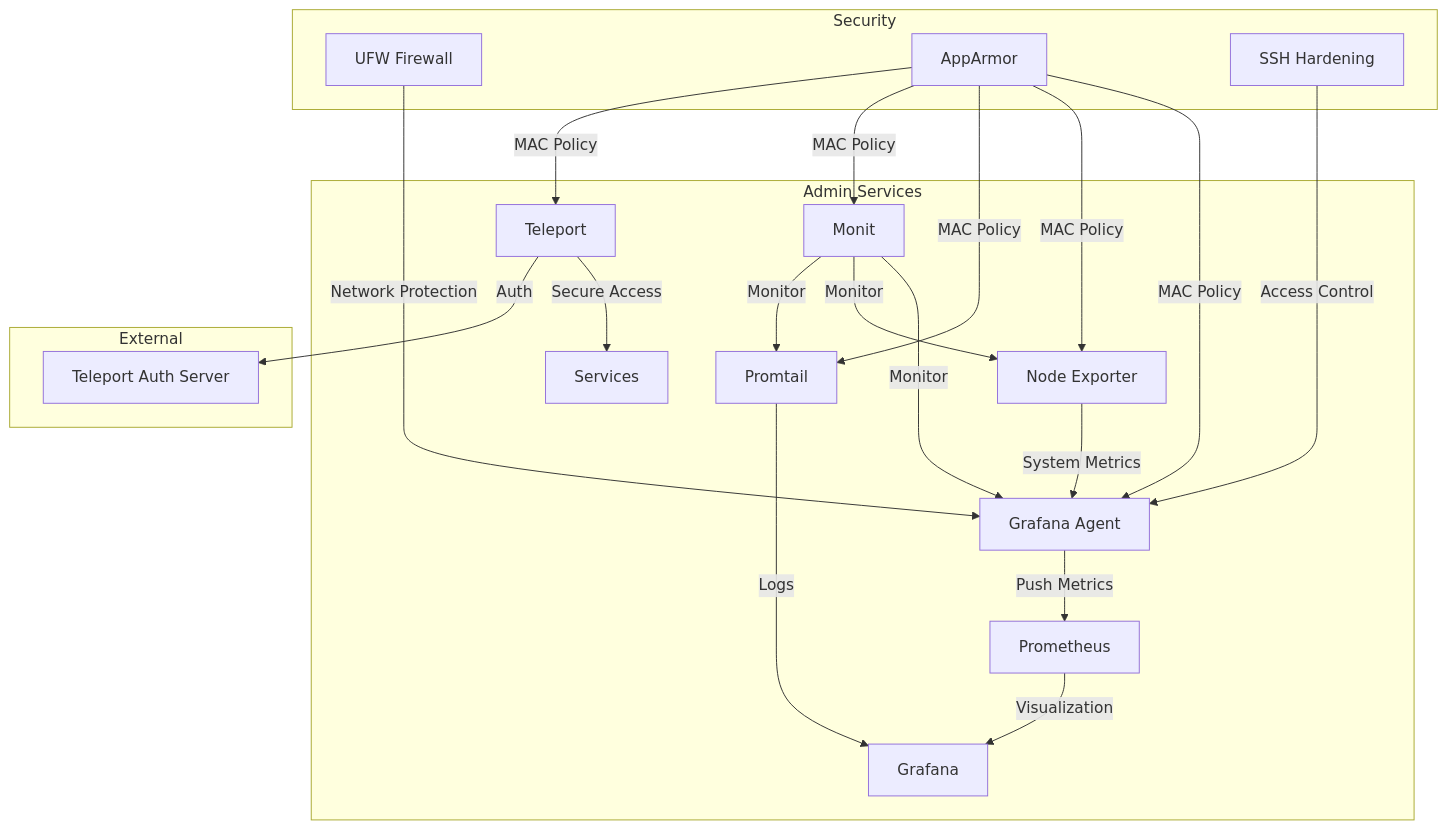
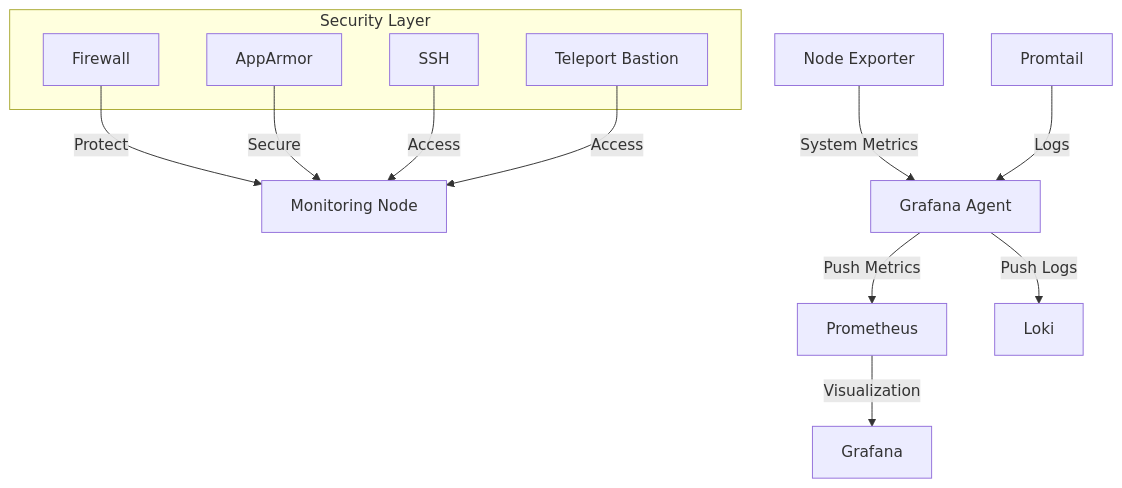
Before and after one commit to pampatzoglou/provision-validators: the first of 2 diagrams in roles/admin/README.md, drawn with Mermaid. The commit also changed 2 other files, not shown here.

Commit message:
update README files

````diff
--- a/roles/admin/README.md
+++ b/roles/admin/README.md
@@ -214,32 +214,21 @@
 ```mermaid
 graph TD
-    subgraph Admin Services
-        A[Grafana Agent] --> |Push Metrics| B[Prometheus]
-        B --> |Visualization| C[Grafana]
-        D[Node Exporter] --> |System Metrics| A
-        E[Promtail] --> |Logs| C[Grafana]
-        F[Monit] --> |Monitor| A
-        F --> |Monitor| D
-        F --> |Monitor| E
-        T[Teleport] --> |Secure Access| S[Services]
+    A[Monitoring Node]
+    B[Node Exporter] --> |System Metrics| C[Grafana Agent]
+    D[Promtail] --> |Logs| C
+    C --> |Push Metrics| E[Prometheus]
+    C --> |Push Logs| F[Loki]
+    E --> |Visualization| G[Grafana]
+    
+    subgraph Security Layer
+        H[Firewall]
+        I[AppArmor]
+        J[SSH]
+        K[Teleport Bastion]
     end
 
-    subgraph Security
-        G[UFW Firewall]
-        H[AppArmor]
-        I[SSH Hardening]
-    end
-
-    subgraph External
-        TA[Teleport Auth Server]
-    end
-
-    G --> |Network Protection| A
-    H --> |MAC Policy| A
-    H --> |MAC Policy| D
-    H --> |MAC Policy| E
-    H --> |MAC Policy| F
-    H --> |MAC Policy| T
-    I --> |Access Control| A
-    T --> |Auth| TA
+    H --> |Protect| A
+    I --> |Secure| A
+    J --> |Access| A
+    K --> |Access| A
 ```
````
